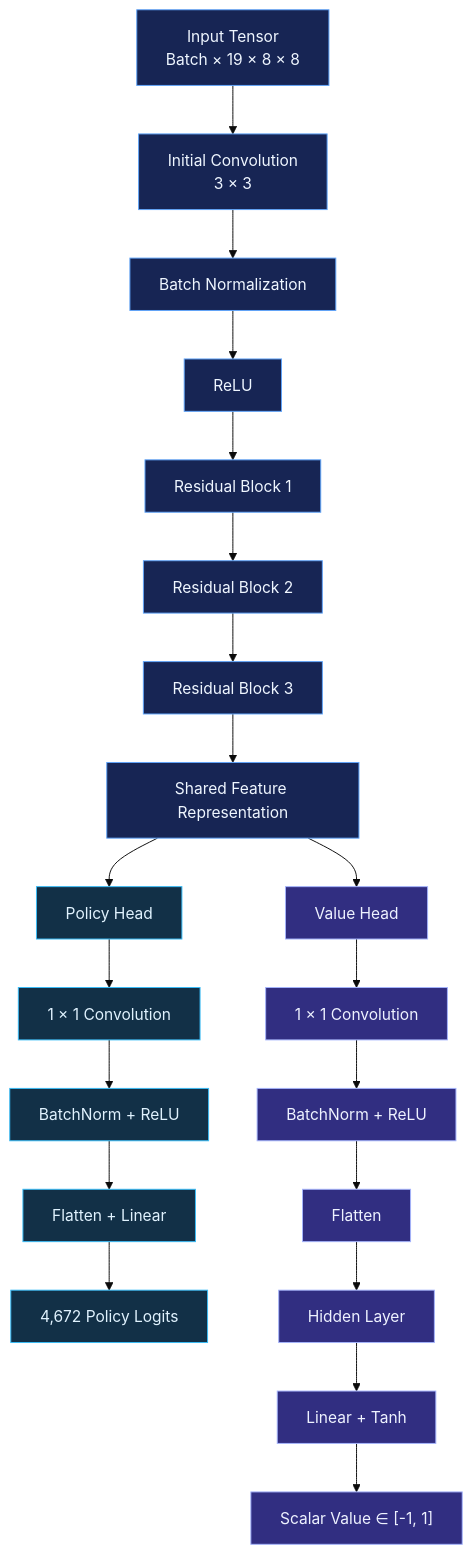
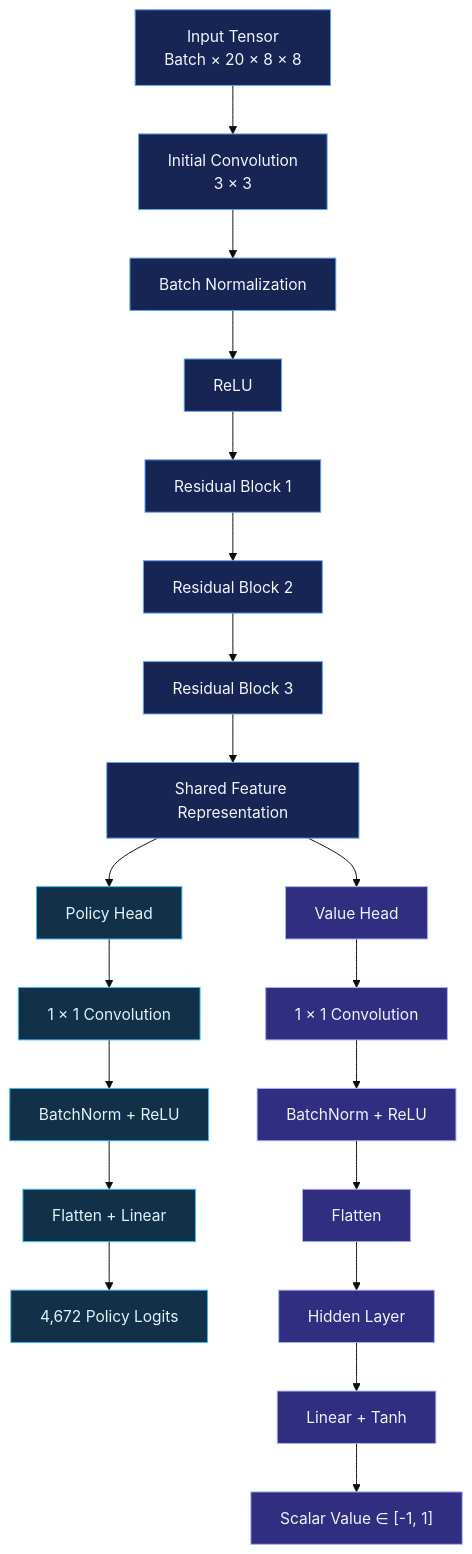
Before and after one commit to Nomusa990822/AlphaZero-Style-Chess-AI-Self-Play-Reinforcement-Learning-with-MCTS-and-Policy-Value-Networks: the fourth of 10 diagrams in README.md, drawn with Mermaid (base theme). The commit also changed other lines of this file and 57 other files, not shown here.

````diff
--- a/README.md
+++ b/README.md
@@ -327,35 +329,35 @@
 ```mermaid
 flowchart TB
-    A["Input Tensor<br/>Batch × 19 × 8 × 8"]
+    A["Input Tensor<br/>Batch × 20 × 8 × 8"]
     B["Initial Convolution<br/>3 × 3"]
     C["Batch Normalization"]
     D["ReLU"]
     E["Residual Block 1"]
     F["Residual Block 2"]
     G["Residual Block 3"]
 
     A --> B --> C --> D --> E --> F --> G
 
     G --> H["Shared Feature Representation"]
 
     H --> P1["Policy Head"]
     P1 --> P2["1 × 1 Convolution"]
     P2 --> P3["BatchNorm + ReLU"]
     P3 --> P4["Flatten + Linear"]
     P4 --> P5["4,672 Policy Logits"]
 
     H --> V1["Value Head"]
     V1 --> V2["1 × 1 Convolution"]
     V2 --> V3["BatchNorm + ReLU"]
     V3 --> V4["Flatten"]
     V4 --> V5["Hidden Layer"]
     V5 --> V6["Linear + Tanh"]
     V6 --> V7["Scalar Value ∈ [-1, 1]"]
 
     classDef backbone fill:#172554,stroke:#60a5fa,color:#eff6ff
     classDef policy   fill:#123047,stroke:#38bdf8,color:#e0f2fe
     classDef value    fill:#312e81,stroke:#a5b4fc,color:#eef2ff
     class A,B,C,D,E,F,G,H backbone
     class P1,P2,P3,P4,P5 policy
     class V1,V2,V3,V4,V5,V6,V7 value
 ```
````
